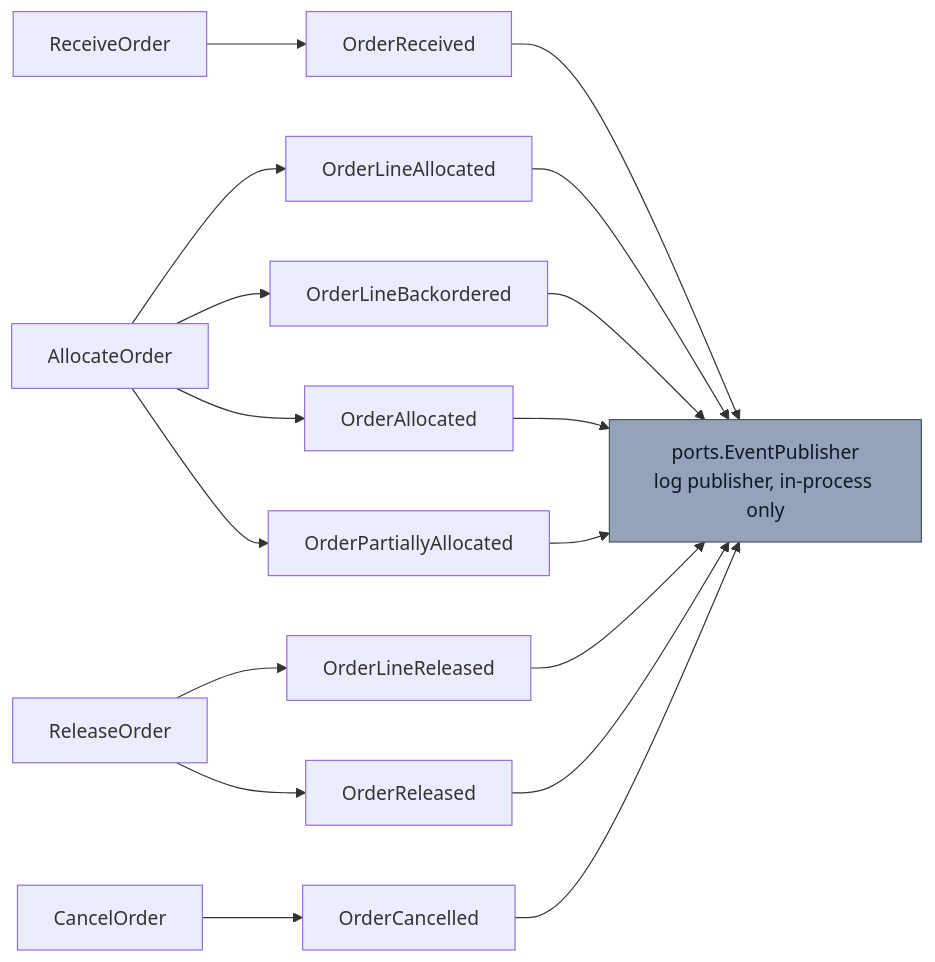
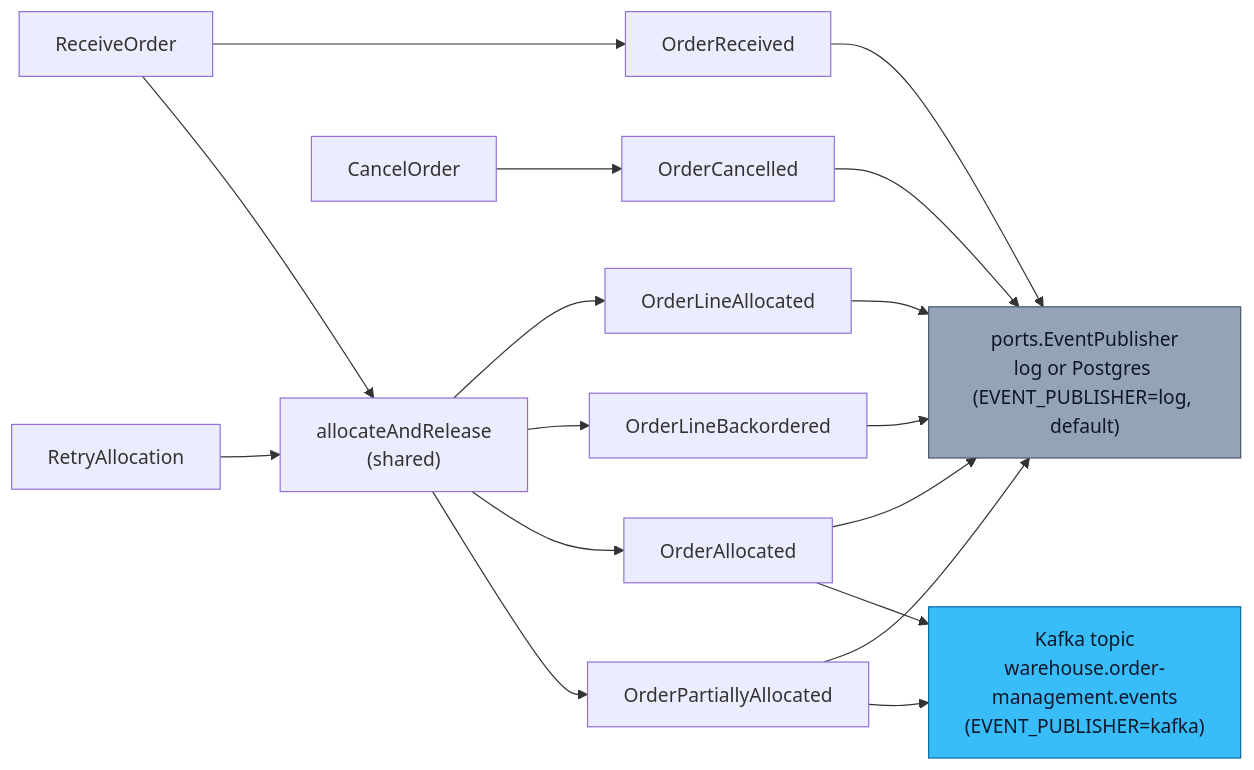
The diagram in docs/docs/ddd/domain-events.md (claudioed/order-management), drawn with Mermaid before and after one commit. The commit also changed other lines of this file and 31 other files, not shown here.

````diff
--- a/docs/docs/ddd/domain-events.md
+++ b/docs/docs/ddd/domain-events.md
@@ -48,16 +93,19 @@
 ```mermaid
 flowchart LR
   RO["ReceiveOrder"] --> E1["OrderReceived"]
-  AO["AllocateOrder"] --> E2["OrderLineAllocated"]
-  AO --> E3["OrderLineBackordered"]
-  AO --> E4["OrderAllocated"]
-  AO --> E5["OrderPartiallyAllocated"]
-  RO2["ReleaseOrder"] --> E6["OrderLineReleased"]
-  RO2 --> E7["OrderReleased"]
+  RO --> AR["allocateAndRelease<br/>(shared)"]
+  RA["RetryAllocation"] --> AR
+  AR --> E2["OrderLineAllocated"]
+  AR --> E3["OrderLineBackordered"]
+  AR --> E4["OrderAllocated"]
+  AR --> E5["OrderPartiallyAllocated"]
   CO["CancelOrder"] --> E8["OrderCancelled"]
 
-  E1 & E2 & E3 & E4 & E5 & E6 & E7 & E8 --> LOG["ports.EventPublisher<br/>log publisher, in-process only"]
+  E1 & E2 & E3 & E4 & E5 & E8 --> LOG["ports.EventPublisher<br/>log or Postgres (EVENT_PUBLISHER=log, default)"]
+  E4 & E5 --> KAFKA["Kafka topic<br/>warehouse.order-management.events<br/>(EVENT_PUBLISHER=kafka)"]
 
   classDef local fill:#94a3b8,stroke:#475569,color:#0f172a;
+  classDef kafka fill:#38bdf8,stroke:#0369a1,color:#0f172a;
   class LOG local;
+  class KAFKA kafka;
 ```
````
